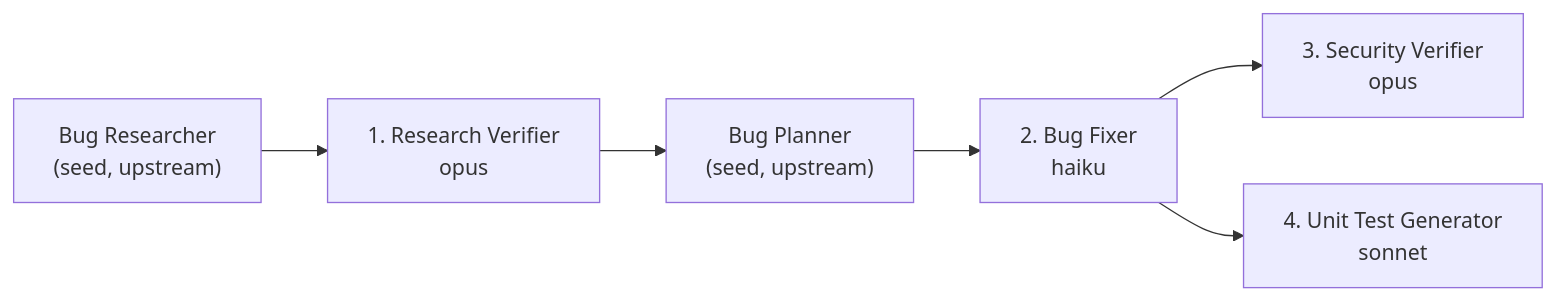
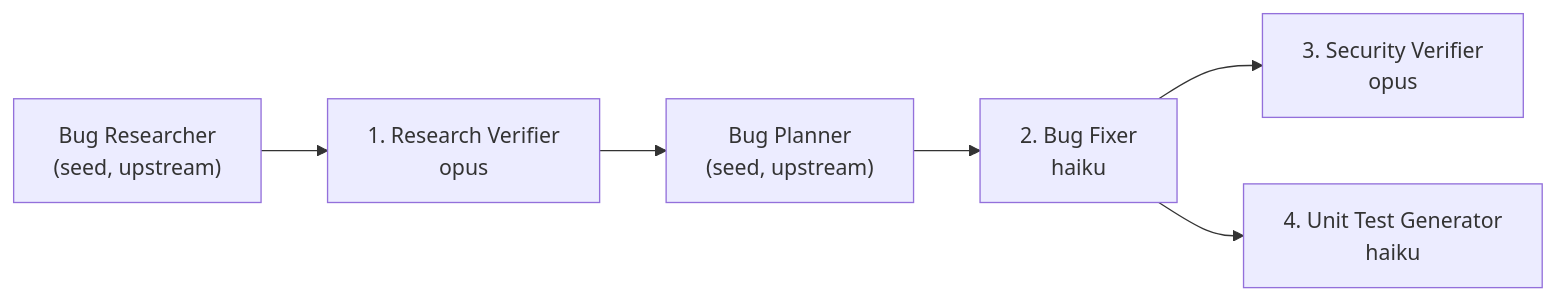
The diagram in homework-4/README.md (dmitry-up/gen-ai-software-engineering), drawn with Mermaid before and after one commit. The commit also changed other lines of this file and 12 other files, not shown here.

````diff
--- a/homework-4/README.md
+++ b/homework-4/README.md
@@ -16,8 +16,8 @@
 ```mermaid
 flowchart LR
   R["Bug Researcher<br/>(seed, upstream)"] --> V["1. Research Verifier<br/>opus"]
   V --> P["Bug Planner<br/>(seed, upstream)"]
   P --> F["2. Bug Fixer<br/>haiku"]
   F --> S["3. Security Verifier<br/>opus"]
-  F --> T["4. Unit Test Generator<br/>sonnet"]
+  F --> T["4. Unit Test Generator<br/>haiku"]
 ```
````
